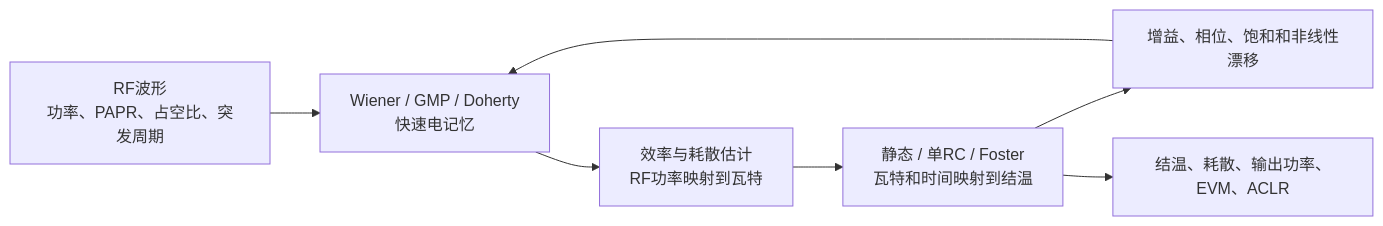
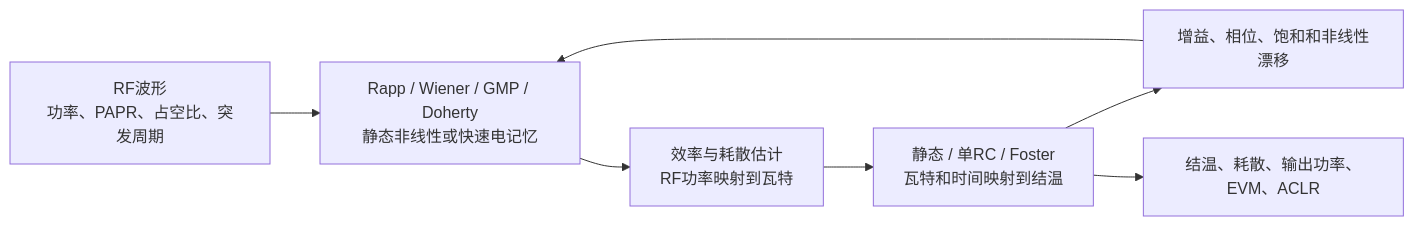
Before and after one commit to niyilu45/DPD_ILC: the eighth of 9 diagrams in doc/PaModel.md, drawn with Mermaid. The commit also changed other lines of this file and 29 other files, not shown here.

````diff
--- a/doc/PaModel.md
+++ b/doc/PaModel.md
@@ -1428,9 +1634,9 @@
 ```mermaid
 flowchart LR
-    waveform["RF波形<br/>功率、PAPR、占空比、突发周期"] --> electrical["Wiener / GMP / Doherty<br/>快速电记忆"]
+    waveform["RF波形<br/>功率、PAPR、占空比、突发周期"] --> electrical["Rapp / Wiener / GMP / Doherty<br/>静态非线性或快速电记忆"]
     electrical --> heat["效率与耗散估计<br/>RF功率映射到瓦特"]
     heat --> network["静态 / 单RC / Foster<br/>瓦特和时间映射到结温"]
     network --> drift["增益、相位、饱和和非线性漂移"]
     drift --> electrical
     network --> metrics["结温、耗散、输出功率、EVM、ACLR"]
 ```
````
